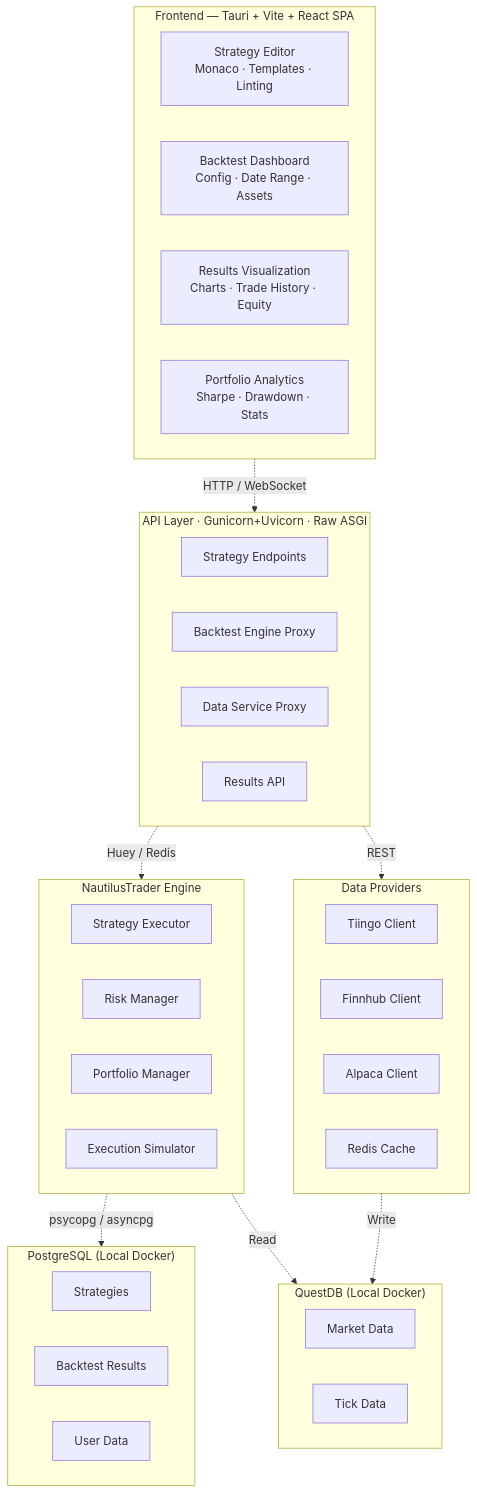
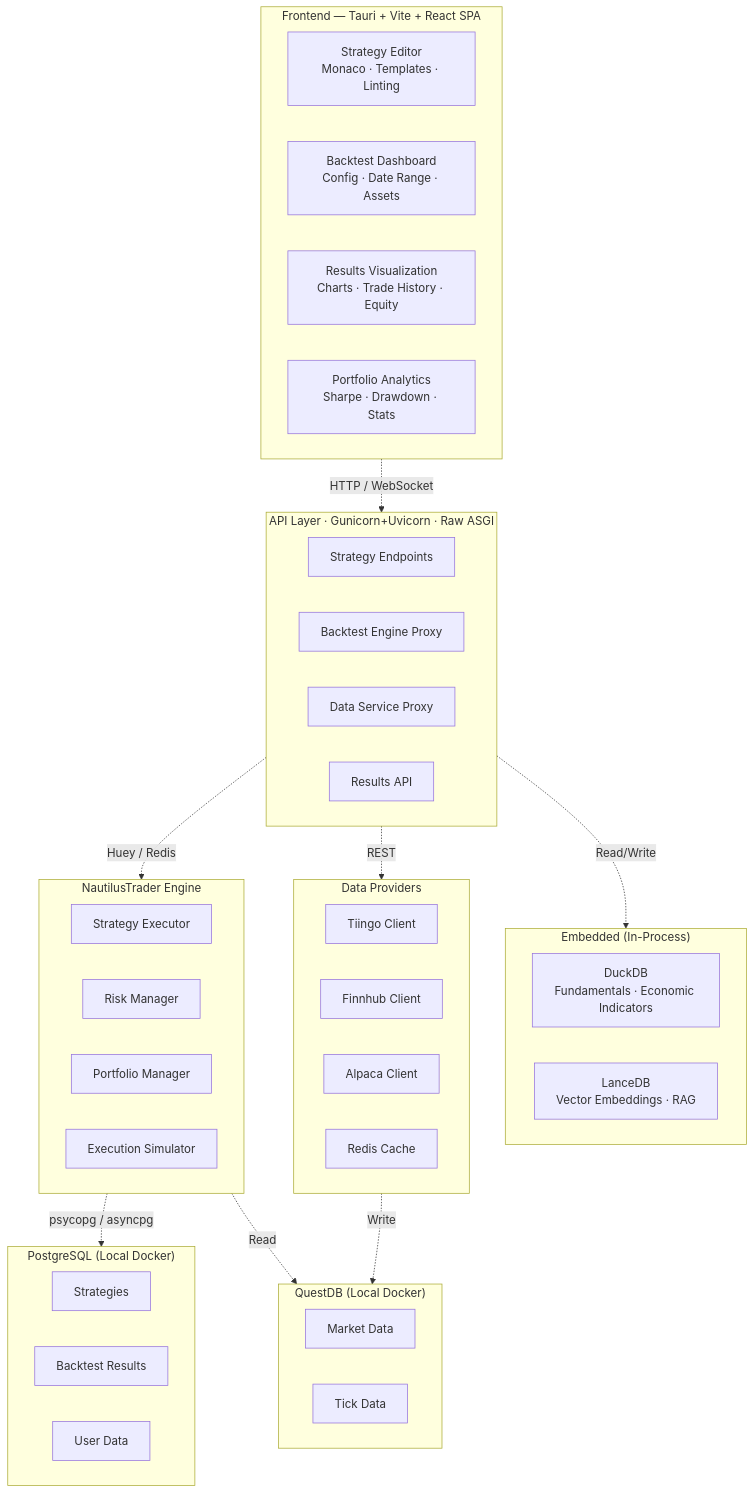
Before and after one commit to huydhoang/quantlens-docs: the first of 9 diagrams in ARCHITECTURE.md, drawn with Mermaid. The commit also changed other lines of this file and 1 other file, not shown here.

````diff
--- a/ARCHITECTURE.md
+++ b/ARCHITECTURE.md
@@ -7,54 +7,61 @@
 ```mermaid
 flowchart TD
     subgraph Frontend["Frontend — Tauri + Vite + React SPA"]
         direction LR
         B["Strategy Editor<br/>Monaco · Templates · Linting"]
         C["Backtest Dashboard<br/>Config · Date Range · Assets"]
         D["Results Visualization<br/>Charts · Trade History · Equity"]
         E["Portfolio Analytics<br/>Sharpe · Drawdown · Stats"]
     end
 
     subgraph API["API Layer · Gunicorn+Uvicorn · Raw ASGI"]
         direction LR
         G[Strategy Endpoints]
         H[Backtest Engine Proxy]
         I[Data Service Proxy]
         J[Results API]
     end
 
     subgraph Nautilus["NautilusTrader Engine"]
         direction LR
         K1[Strategy Executor]
         K2[Risk Manager]
         K3[Portfolio Manager]
         K4[Execution Simulator]
     end
 
     subgraph DataProv["Data Providers"]
         direction LR
         L0[Tiingo Client]
         L1[Finnhub Client]
         L2[Alpaca Client]
         L3[Redis Cache]
     end
 
     subgraph PG["PostgreSQL (Local Docker)"]
         direction LR
         M1[Strategies]
         M2[Backtest Results]
         M3[User Data]
     end
 
     subgraph TSDB["QuestDB (Local Docker)"]
         direction LR
         N1[Market Data]
         N2[Tick Data]
     end
 
+    subgraph Embedded["Embedded (In-Process)"]
+        direction LR
+        O1["DuckDB<br/>Fundamentals · Economic Indicators"]
+        O2["LanceDB<br/>Vector Embeddings · RAG"]
+    end
+
     Frontend -.->|HTTP / WebSocket| API
     API -.->|Huey / Redis| Nautilus
     API -.->|REST| DataProv
     Nautilus -.->|psycopg / asyncpg| PG
     DataProv -.->|Write| TSDB
     Nautilus -.->|Read| TSDB
+    API -.->|Read/Write| Embedded
 ```
````
